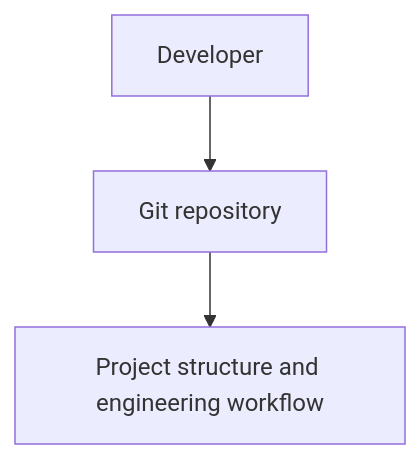
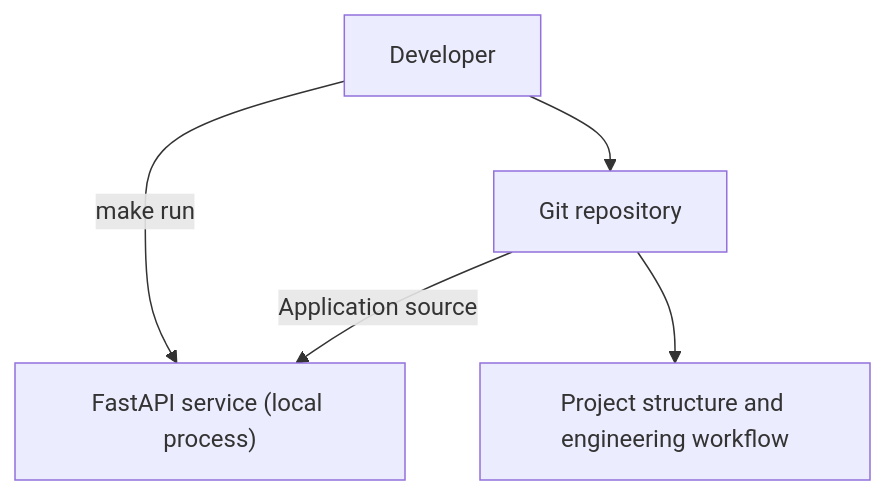
Before and after one commit to jddemonteverde/One-Serious-Project: the first of 5 diagrams in docs/architecture/overview.md, drawn with Mermaid. The commit also changed other lines of this file and 8 other files, not shown here.

First line of the commit message:
feat(app): scaffold FastAPI service with environment configuration

````diff
--- a/docs/architecture/overview.md
+++ b/docs/architecture/overview.md
@@ -16,5 +17,7 @@
 ```mermaid
 flowchart TD
-  developer["Developer"] --> repository["Git repository"]
+  developer["Developer"] -->|make run| application["FastAPI service (local process)"]
+  developer --> repository["Git repository"]
+  repository -->|Application source| application
   repository --> workflow["Project structure and engineering workflow"]
 ```
````
